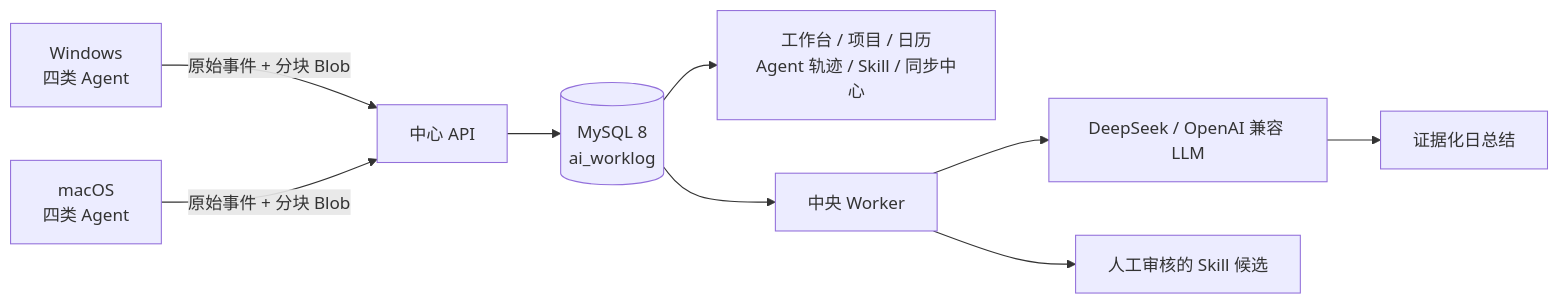
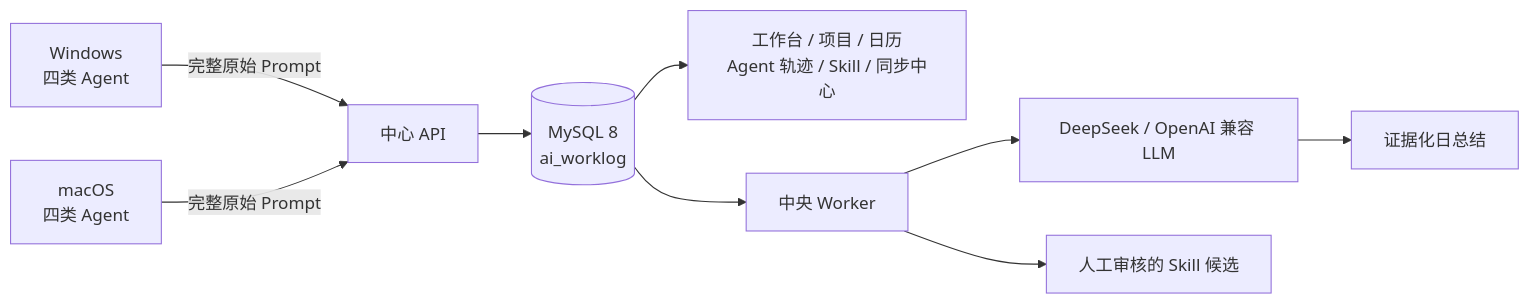
One commit to bjz001/ai-worklog changed the diagram in README.md. Above: the diagram before and after it, drawn with Mermaid. The commit also changed other lines of this file and 43 other files, not shown here.

````diff
--- a/README.md
+++ b/README.md
@@ -5,11 +5,11 @@
 ```mermaid
 flowchart LR
-  W["Windows<br/>四类 Agent"] -->|"原始事件 + 分块 Blob"| A["中心 API"]
-  M["macOS<br/>四类 Agent"] -->|"原始事件 + 分块 Blob"| A
+  W["Windows<br/>四类 Agent"] -->|"完整原始 Prompt"| A["中心 API"]
+  M["macOS<br/>四类 Agent"] -->|"完整原始 Prompt"| A
   A --> D[("MySQL 8<br/>ai_worklog")]
   D --> U["工作台 / 项目 / 日历<br/>Agent 轨迹 / Skill / 同步中心"]
   D --> K["中央 Worker"]
   K --> L["DeepSeek / OpenAI 兼容 LLM"]
   L --> S["证据化日总结"]
   K --> S2["人工审核的 Skill 候选"]
 ```
````
